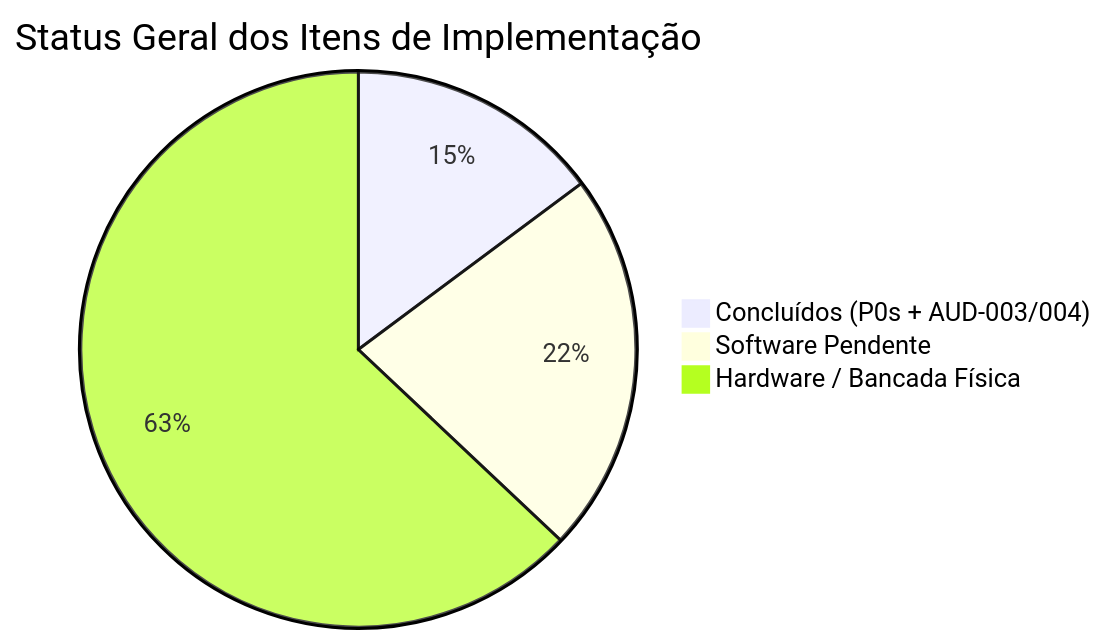
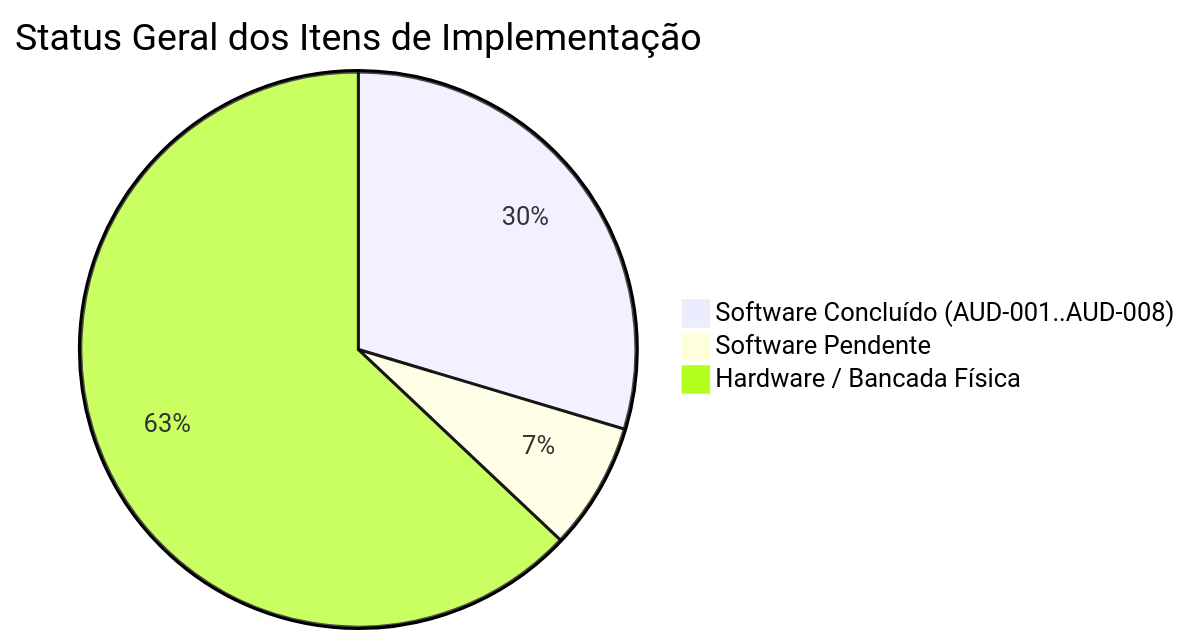
The first of 3 diagrams in Windows_app/docs/IMPLEMENTATION_STEPS.md (VitorMazziero/OpenTEC-Hub), drawn with Mermaid before and after one commit. The commit also changed other lines of this file and 212 other files, not shown here.

````diff
--- a/Windows_app/docs/IMPLEMENTATION_STEPS.md
+++ b/Windows_app/docs/IMPLEMENTATION_STEPS.md
@@ -50,6 +50,6 @@
 ```mermaid
 pie title Status Geral dos Itens de Implementação
-    "Concluídos (P0s + AUD-003/004)" : 4
-    "Software Pendente" : 6
+    "Software Concluído (AUD-001..AUD-008)" : 8
+    "Software Pendente" : 2
     "Hardware / Bancada Física" : 17
 ```
````
